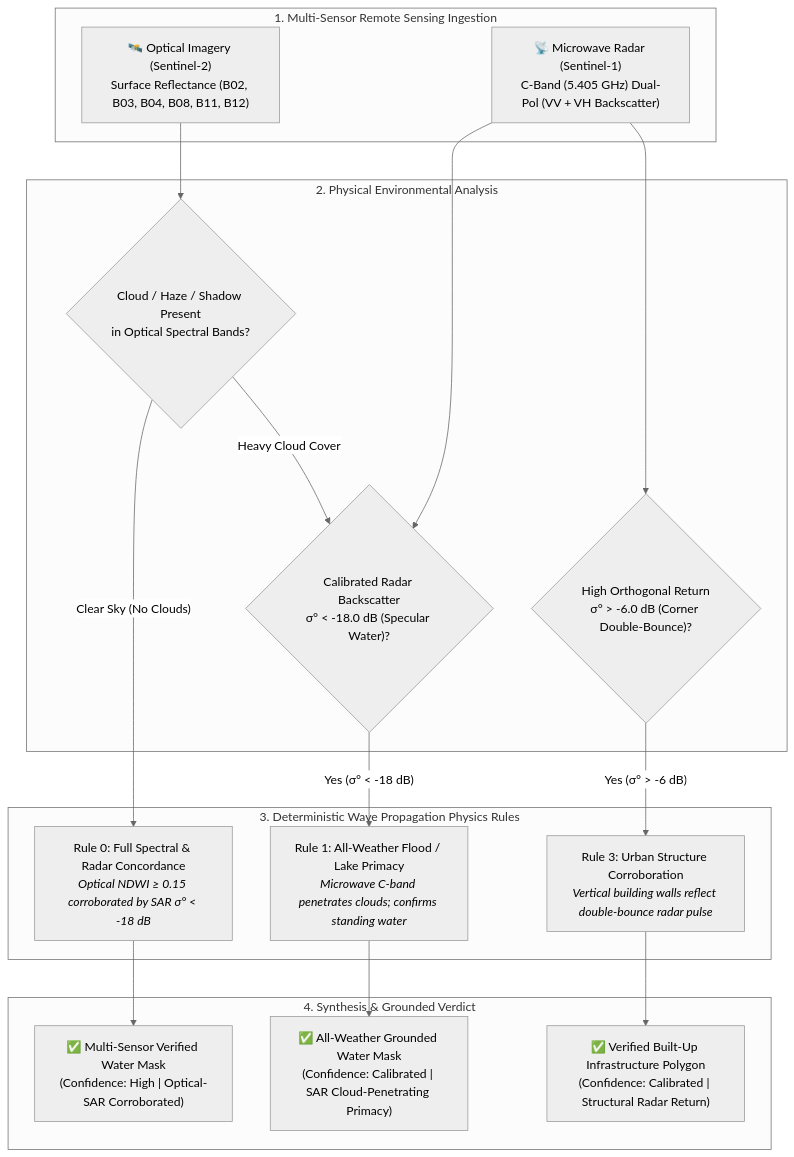
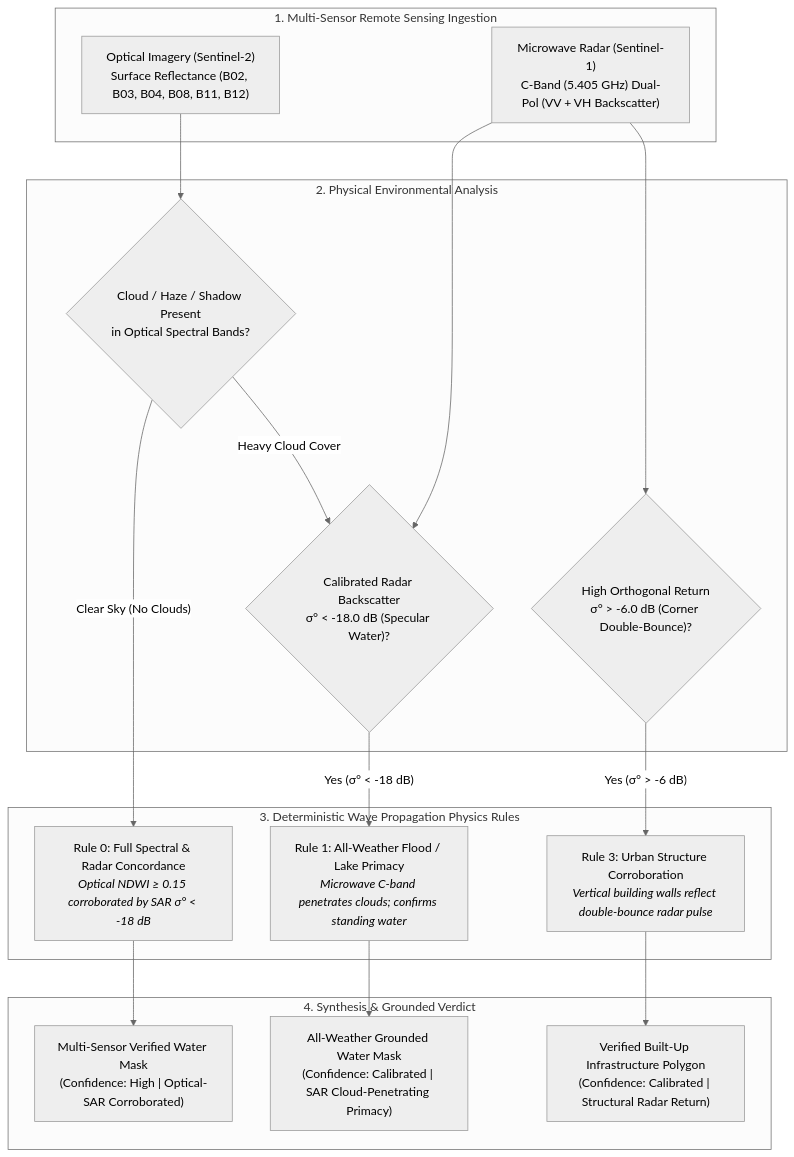
Before and after one commit to Gowrav-M/satquery-ai-sih-2026-evidence: the third of 3 diagrams in ARCHITECTURE.md, drawn with Mermaid (neutral theme). The commit also changed other lines of this file and 3 other files, not shown here.

Commit message:
docs: remove all emoji characters from diagrams and headings for clean professional rendering

````diff
--- a/ARCHITECTURE.md
+++ b/ARCHITECTURE.md
@@ -111,38 +111,38 @@
 ```mermaid
 flowchart TD
     subgraph Sensing ["1. Multi-Sensor Remote Sensing Ingestion"]
-        OptFeed["🛰️ Optical Imagery (Sentinel-2)<br/>Surface Reflectance (B02, B03, B04, B08, B11, B12)"]
-        SARFeed["📡 Microwave Radar (Sentinel-1)<br/>C-Band (5.405 GHz) Dual-Pol (VV + VH Backscatter)"]
+        OptFeed["Optical Imagery (Sentinel-2)<br/>Surface Reflectance (B02, B03, B04, B08, B11, B12)"]
+        SARFeed["Microwave Radar (Sentinel-1)<br/>C-Band (5.405 GHz) Dual-Pol (VV + VH Backscatter)"]
     end
 
     subgraph ConditionChecks ["2. Physical Environmental Analysis"]
         CloudDetect{"Cloud / Haze / Shadow Present<br/>in Optical Spectral Bands?"}
         DielectricEval{"Calibrated Radar Backscatter<br/>σ° < -18.0 dB (Specular Water)?"}
         DoubleBounce{"High Orthogonal Return<br/>σ° > -6.0 dB (Corner Double-Bounce)?"}
     end
 
     subgraph ArbitrationMatrix ["3. Deterministic Wave Propagation Physics Rules"]
         RuleCloudWater["Rule 1: All-Weather Flood / Lake Primacy<br/><i>Microwave C-band penetrates clouds; confirms standing water</i>"]
         RuleUrban["Rule 3: Urban Structure Corroboration<br/><i>Vertical building walls reflect double-bounce radar pulse</i>"]
         RuleOpticalAgreement["Rule 0: Full Spectral & Radar Concordance<br/><i>Optical NDWI ≥ 0.15 corroborated by SAR σ° < -18 dB</i>"]
     end
 
     subgraph VerdictState ["4. Synthesis & Grounded Verdict"]
-        HighConfidenceWater["✅ Multi-Sensor Verified Water Mask<br/>(Confidence: High | Optical-SAR Corroborated)"]
-        AllWeatherWater["✅ All-Weather Grounded Water Mask<br/>(Confidence: Calibrated | SAR Cloud-Penetrating Primacy)"]
-        BuiltUpVector["✅ Verified Built-Up Infrastructure Polygon<br/>(Confidence: Calibrated | Structural Radar Return)"]
+        HighConfidenceWater["Multi-Sensor Verified Water Mask<br/>(Confidence: High | Optical-SAR Corroborated)"]
+        AllWeatherWater["All-Weather Grounded Water Mask<br/>(Confidence: Calibrated | SAR Cloud-Penetrating Primacy)"]
+        BuiltUpVector["Verified Built-Up Infrastructure Polygon<br/>(Confidence: Calibrated | Structural Radar Return)"]
     end
 
     OptFeed --> CloudDetect
     SARFeed --> DielectricEval & DoubleBounce
 
     CloudDetect -- "Clear Sky (No Clouds)" --> RuleOpticalAgreement
     CloudDetect -- "Heavy Cloud Cover" --> DielectricEval
 
     DielectricEval -- "Yes (σ° < -18 dB)" --> RuleCloudWater
     DoubleBounce -- "Yes (σ° > -6 dB)" --> RuleUrban
 
     RuleOpticalAgreement --> HighConfidenceWater
     RuleCloudWater --> AllWeatherWater
     RuleUrban --> BuiltUpVector
 ```
````
